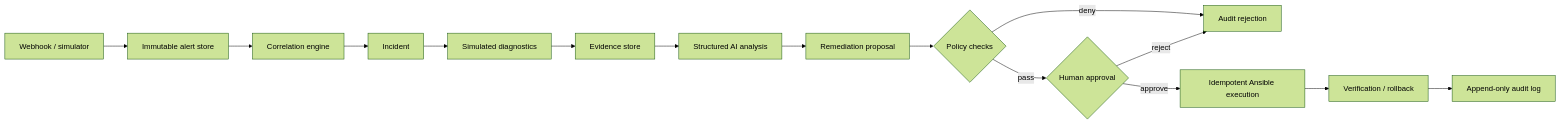
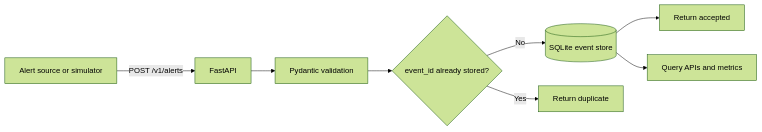
The first of 3 diagrams in README.md (manishkrin/netops-autopilot), drawn with Mermaid (forest theme) before and after one commit. The commit also changed other lines of this file, not shown here.

Commit message:
Update README to enhance clarity on alert ingestion process and project structure

````diff
--- a/README.md
+++ b/README.md
@@ -47,17 +22,10 @@
 ```mermaid
 flowchart LR
-    A[Webhook / simulator] --> B[Immutable alert store]
-    B --> C[Correlation engine]
-    C --> D[Incident]
-    D --> E[Simulated diagnostics]
-    E --> F[Evidence store]
-    F --> G[Structured AI analysis]
-    G --> H[Remediation proposal]
-    H --> I{Policy checks}
-    I -->|pass| J{Human approval}
-    I -->|deny| K[Audit rejection]
-    J -->|approve| L[Idempotent Ansible execution]
-    J -->|reject| K
-    L --> M[Verification / rollback]
-    M --> N[Append-only audit log]
+    A[Alert source or simulator] -->|POST /v1/alerts| B[FastAPI]
+    B --> C[Pydantic validation]
+    C --> D{event_id already stored?}
+    D -->|No| E[(SQLite event store)]
+    D -->|Yes| F[Return duplicate]
+    E --> G[Return accepted]
+    E --> H[Query APIs and metrics]
 ```
````
